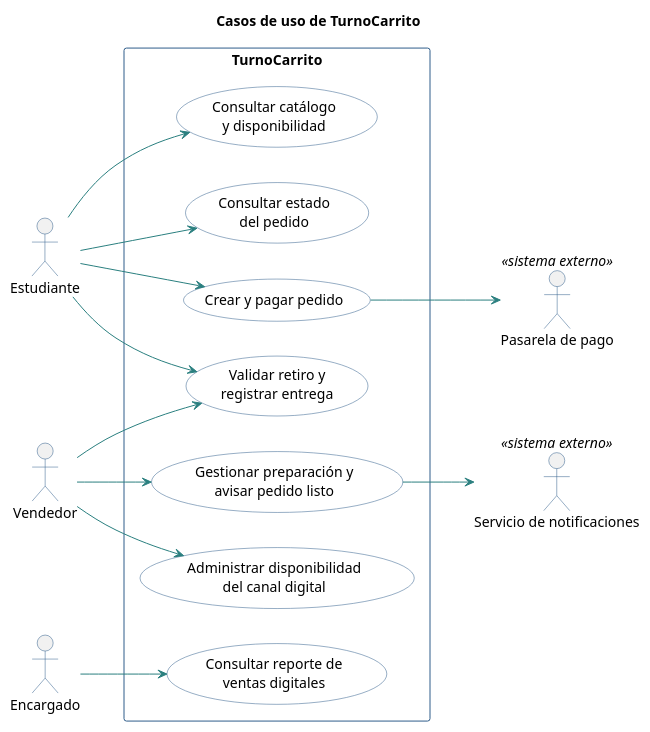
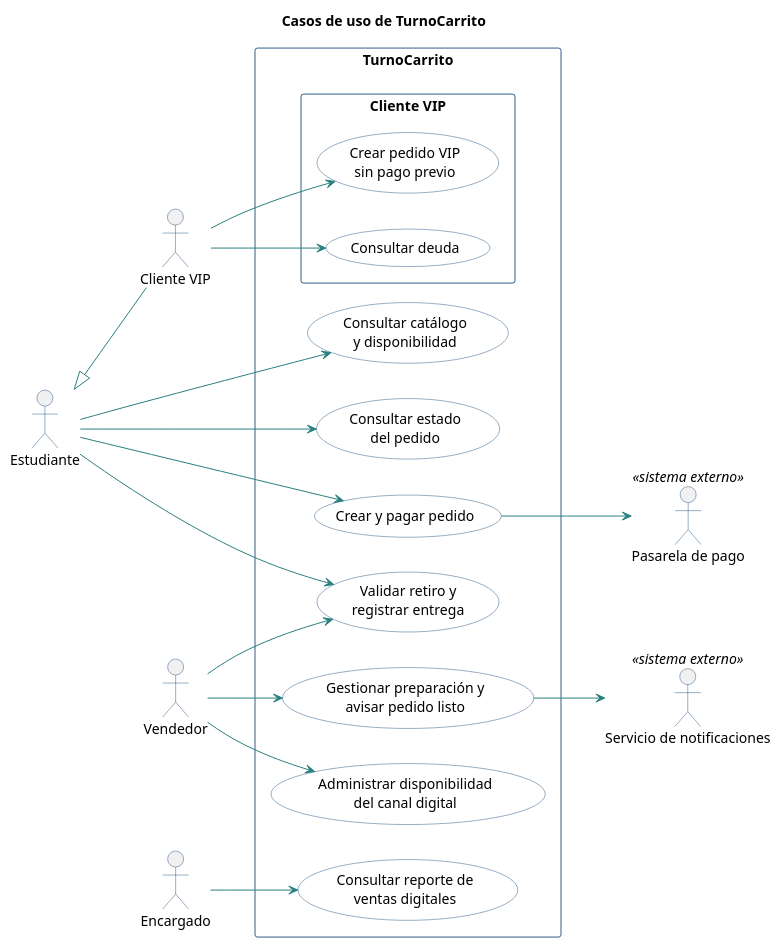
The diagram in diagramas/09-casos-de-uso.puml (Sysfood/OptimizacionCarrito), drawn with PlantUML before and after one commit.

Commit message:
Puml de cambios de diagrama de caso de uso

```diff
--- a/diagramas/09-casos-de-uso.puml
+++ b/diagramas/09-casos-de-uso.puml
@@ -1,41 +1,54 @@
 @startuml 09-casos-de-uso
 title Casos de uso de TurnoCarrito
 left to right direction
 skinparam shadowing false
 skinparam packageStyle rectangle
 skinparam defaultFontName Arial
 skinparam ArrowColor #2A7F7F
 skinparam ActorBorderColor #2F5D8A
 skinparam UsecaseBorderColor #2F5D8A
 skinparam UsecaseBackgroundColor #FFFFFF
 skinparam RectangleBorderColor #2F5D8A
 
 actor Estudiante
+actor "Cliente VIP" as VIP
 actor Vendedor
 actor Encargado
+
+' El cliente VIP es una especialización del estudiante:
+' hereda todos sus casos de uso y además tiene los propios.
+Estudiante <|-- VIP
 
 rectangle "TurnoCarrito" {
   usecase "Consultar catálogo\ny disponibilidad" as CU01
   usecase "Consultar estado\ndel pedido" as CU07
   usecase "Crear y pagar pedido" as CU02
   usecase "Validar retiro y\nregistrar entrega" as CU04
   usecase "Gestionar preparación y\navisar pedido listo" as CU03
   usecase "Administrar disponibilidad\ndel canal digital" as CU06
   usecase "Consultar reporte de\nventas digitales" as CU05
+
+  rectangle "Cliente VIP" {
+    usecase "Crear pedido VIP\nsin pago previo" as CU08
+    usecase "Consultar deuda" as CU09
+  }
 }
 
 actor "Pasarela de pago" as Pasarela <<sistema externo>>
 actor "Servicio de notificaciones" as Notif <<sistema externo>>
 
 Estudiante --> CU01
 Estudiante --> CU02
 Estudiante --> CU07
 Estudiante --> CU04
+VIP --> CU08
+VIP --> CU09
 Vendedor --> CU04
 Vendedor --> CU03
 Vendedor --> CU06
 Encargado --> CU05
 
+' CU-08 no se asocia a la Pasarela: el pedido VIP se confirma sin pago.
 CU02 --> Pasarela
 CU03 --> Notif
 @enduml
```
